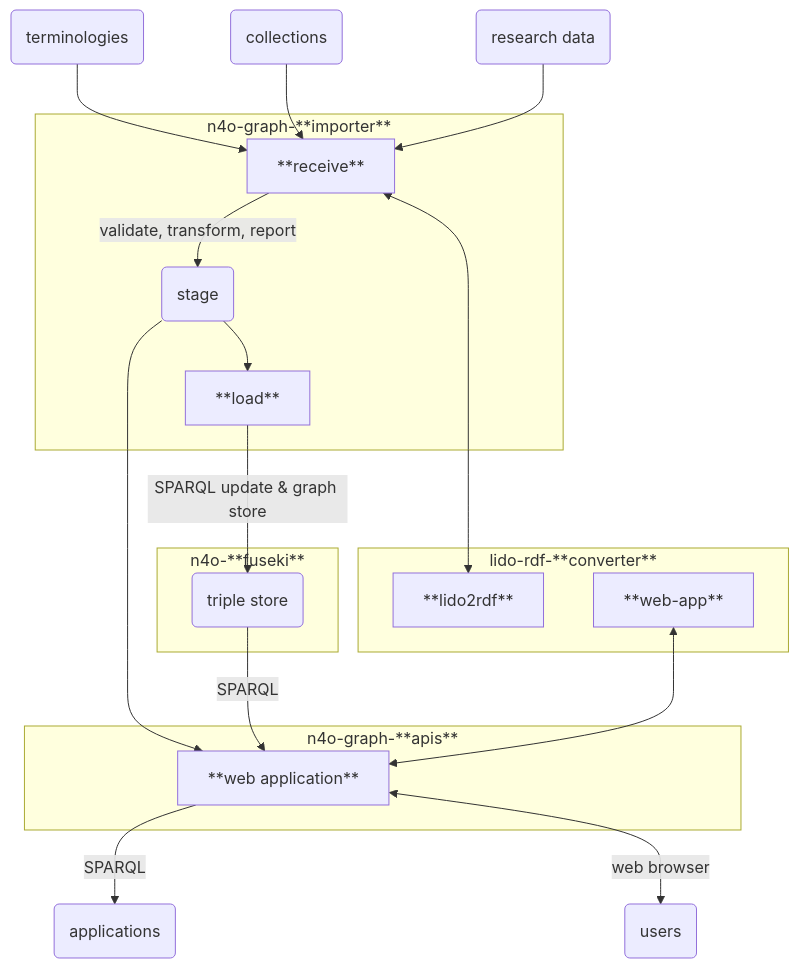
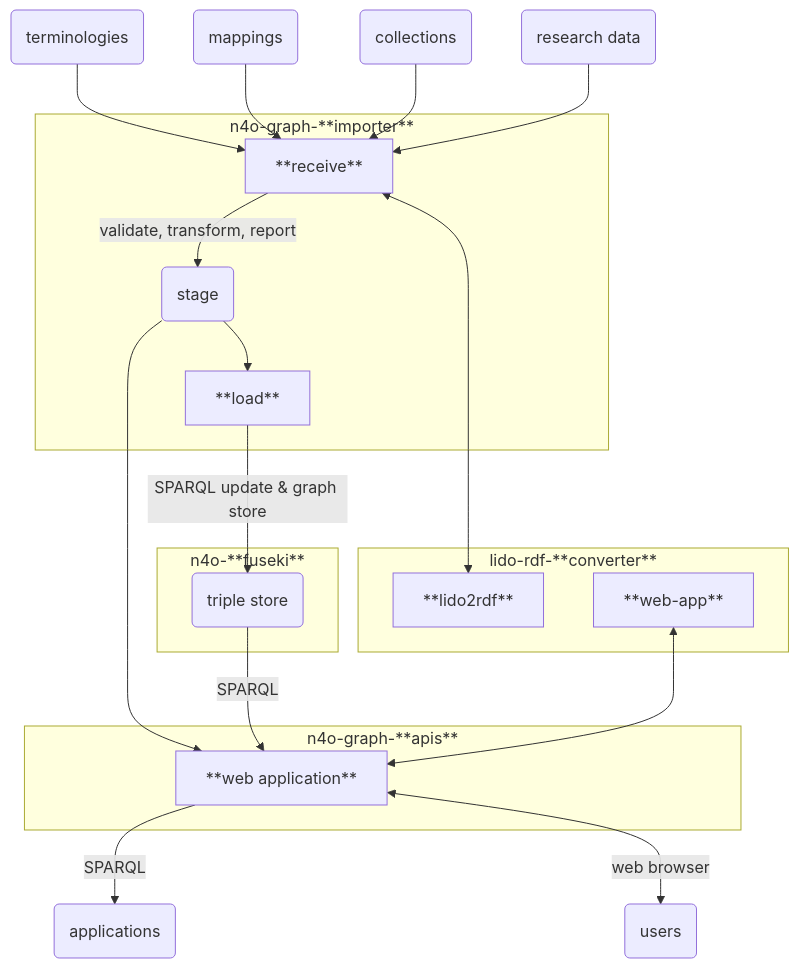
One commit to nfdi4objects/n4o-graph changed the diagram in README.md. Above: the diagram before and after it, drawn with Mermaid. The commit also changed other lines of this file, not shown here.

````diff
--- a/README.md
+++ b/README.md
@@ -16,35 +16,36 @@
 ```mermaid
 graph TD
     terminologies(terminologies) --> receive
+    mappings(mappings) --> receive
     collections(collections) --> receive
     data(research data) --> receive
     stage(stage)
 
     subgraph importer ["n4o-graph-**importer**"]
         receive[**receive**]
         receive -- validate, transform, report --> stage
         stage --> load
         load[**load**]
     end
     subgraph "n4o-**fuseki**"
         kg(triple store)
     end
     subgraph "n4o-graph-**apis**"
         ui[**web application**]
     end
     subgraph "lido-rdf-**converter**"
         lido2rdf[**lido2rdf**]
         web-app[**web-app**]
     end
 
     stage --> ui
     kg -- SPARQL --> ui
     ui -- SPARQL --> apps(applications)
 
     receive <--> lido2rdf
     load -- SPARQL update & graph store --> kg
 
     web-app <--> ui
 
     ui <--web browser--> users(users)
 ```
````
